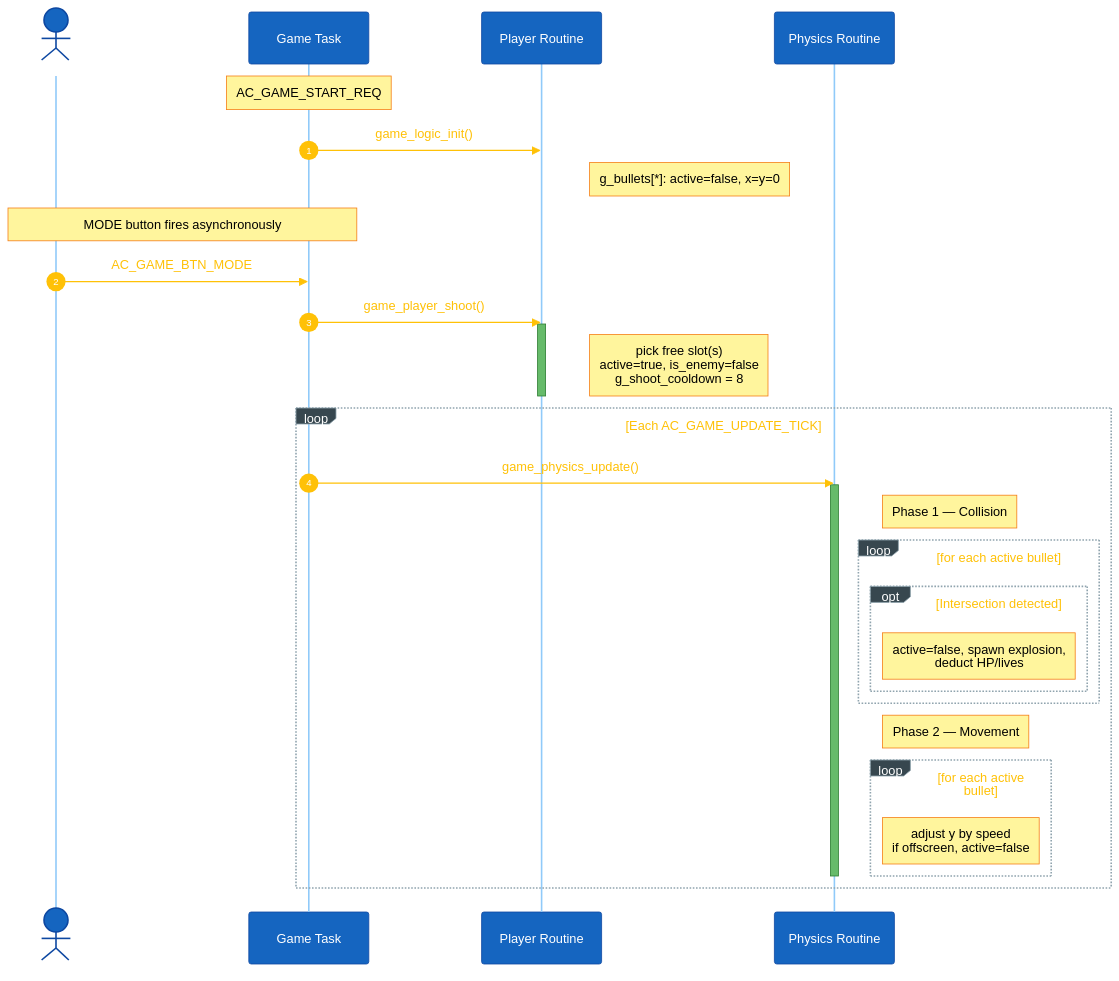
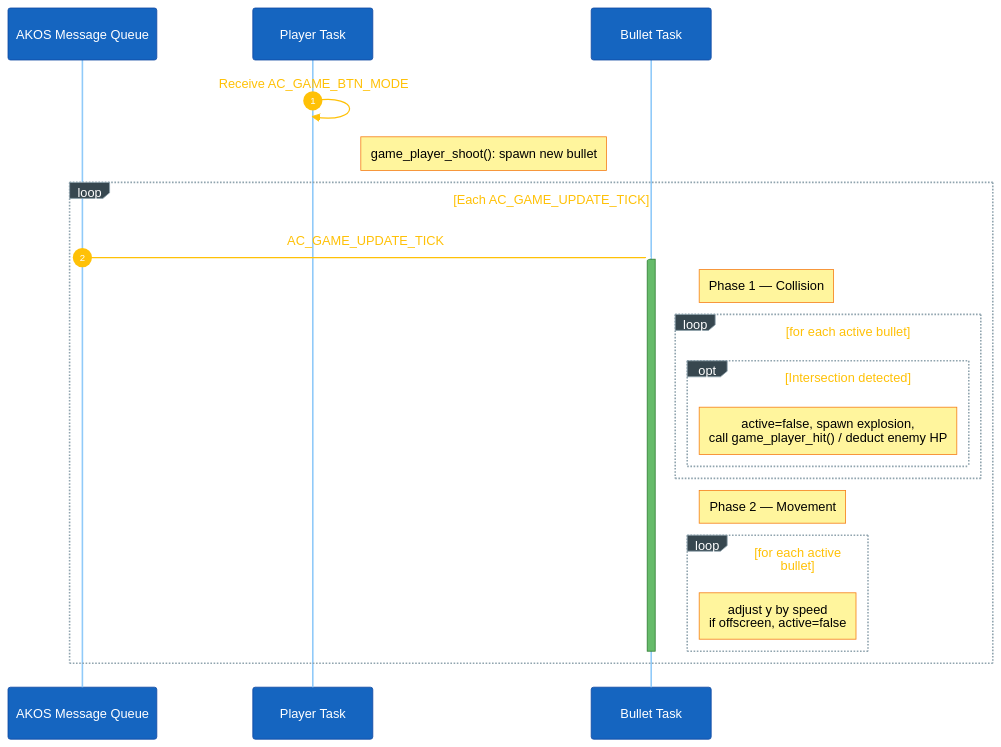
One commit to Khang123699/space_shooter_game changed the second of 3 diagrams in docs/03-design-sequence-object.md. Above: the diagram before and after it, drawn with Mermaid. The commit also changed other lines of this file and 3 other files, not shown here.

````diff
--- a/docs/03-design-sequence-object.md
+++ b/docs/03-design-sequence-object.md
@@ -80,36 +65,27 @@
 ```mermaid
 %%{init: {'theme':'base','themeVariables':{'fontSize':'18px','primaryColor':'#1565c0','primaryTextColor':'#ffffff','primaryBorderColor':'#0d47a1','lineColor':'#90a4ae','signalColor':'#ffc107','signalTextColor':'#ffc107','actorBkg':'#1565c0','actorBorder':'#0d47a1','actorTextColor':'#ffffff','actorLineColor':'#90caf9','noteBkgColor':'#fff59d','noteTextColor':'#000000','noteBorderColor':'#f57f17','activationBkgColor':'#66bb6a','activationBorderColor':'#2e7d32','sequenceNumberColor':'#ffffff','loopTextColor':'#ffc107','labelBoxBkgColor':'#37474f','labelBoxBorderColor':'#90a4ae','labelTextColor':'#ffffff'},'sequence':{'actorMargin':120,'messageFontSize':17,'noteFontSize':15,'actorFontSize':17,'boxMargin':15,'boxTextMargin':8,'noteMargin':12,'useMaxWidth':true}}}%%
 sequenceDiagram
     autonumber
-    actor Btn as Button
-    participant Tsk as Game Task
-    participant Plr as Player Routine
-    participant Phy as Physics Routine
-
-    Note over Tsk: AC_GAME_START_REQ
-    Tsk->>Plr: game_logic_init()
-    Note right of Plr: g_bullets[*]: active=false, x=y=0
-
-    Note over Btn,Tsk: MODE button fires asynchronously
-    Btn->>Tsk: AC_GAME_BTN_MODE
-    Tsk->>Plr: game_player_shoot()
-    activate Plr
-    Note right of Plr: pick free slot(s)<br/>active=true, is_enemy=false<br/>g_shoot_cooldown = 8
-    deactivate Plr
-
+    participant Q as AKOS Message Queue
+    participant Plr as Player Task
+    participant Bul as Bullet Task
+    
+    Plr->>Plr: Receive AC_GAME_BTN_MODE
+    Note right of Plr: game_player_shoot(): spawn new bullet
+    
     loop Each AC_GAME_UPDATE_TICK
-        Tsk->>Phy: game_physics_update()
-        activate Phy
-        Note right of Phy: Phase 1 — Collision
+        Q-)Bul: AC_GAME_UPDATE_TICK
+        activate Bul
+        Note right of Bul: Phase 1 — Collision
         loop for each active bullet
             opt Intersection detected
-                Note right of Phy: active=false, spawn explosion,<br/>deduct HP/lives
+                Note right of Bul: active=false, spawn explosion,<br/>call game_player_hit() / deduct enemy HP
             end
         end
-        Note right of Phy: Phase 2 — Movement
+        Note right of Bul: Phase 2 — Movement
         loop for each active bullet
-            Note right of Phy: adjust y by speed<br/>if offscreen, active=false
+            Note right of Bul: adjust y by speed<br/>if offscreen, active=false
         end
-        deactivate Phy
+        deactivate Bul
     end
 ```
````
